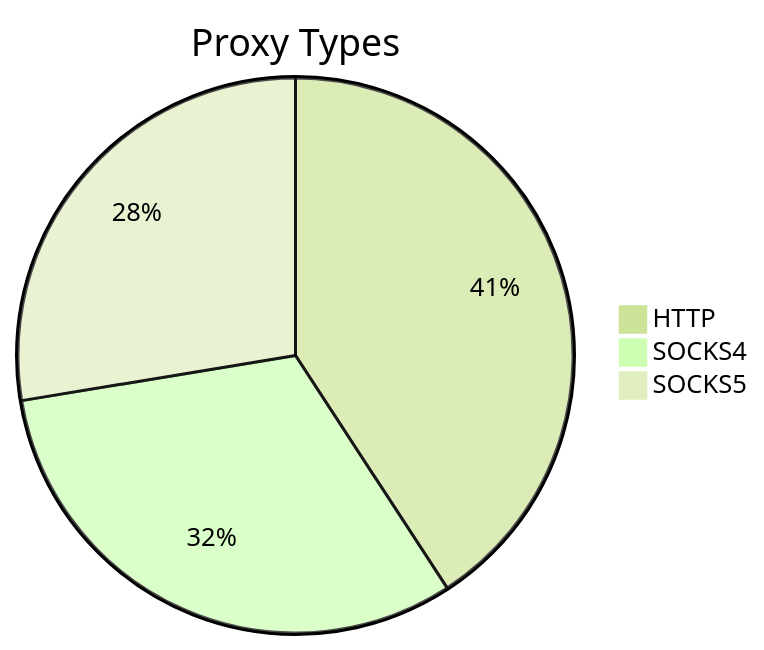
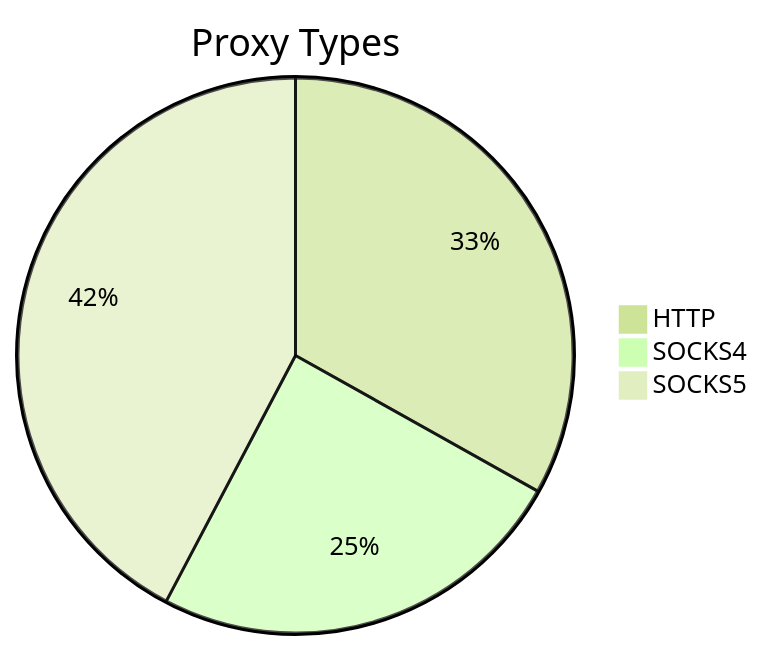
The first of 2 diagrams in README.md (stormsia/proxy-list), drawn with Mermaid (forest theme) before and after one commit. The commit also changed other lines of this file, not shown here.

````diff
--- a/README.md
+++ b/README.md
@@ -21,6 +21,6 @@
 ```mermaid
 pie title Proxy Types
-    "HTTP" : 102
-    "SOCKS4" : 79
-    "SOCKS5" : 69
+    "HTTP" : 159
+    "SOCKS4" : 118
+    "SOCKS5" : 203
 ```
````
